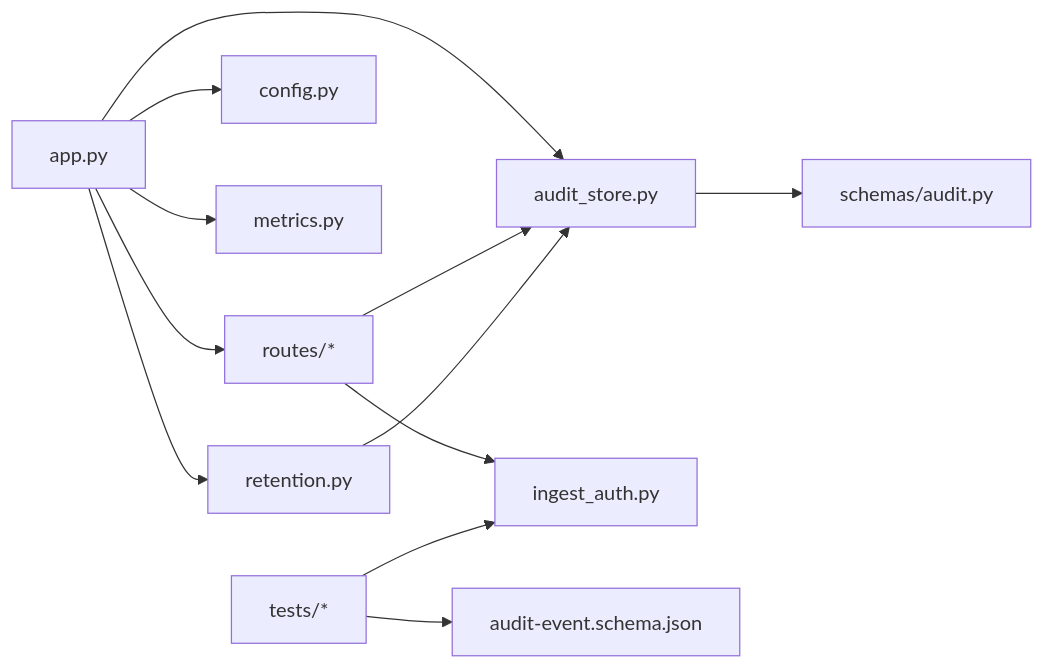
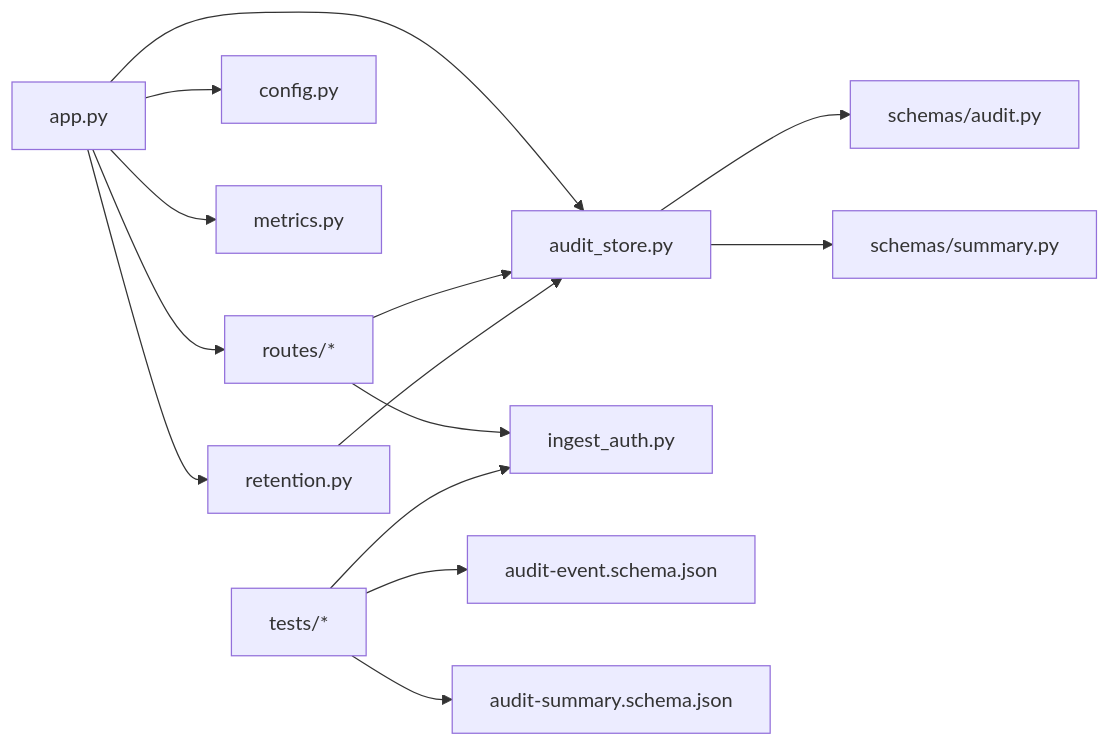
Diagram 13 of 13 in .qoder/repowiki/en/content/Architecture Documentation/Audit Service Product.md (metasync/luban-aiops), drawn with Mermaid before and after one commit. The commit also changed other lines of this file and 4 other files, not shown here.

````diff
--- a/.qoder/repowiki/en/content/Architecture Documentation/Audit Service Product.md
+++ b/.qoder/repowiki/en/content/Architecture Documentation/Audit Service Product.md
@@ -477,14 +611,16 @@
 ```mermaid
 graph LR
 App["app.py"] --> Router["routes/*"]
 App --> Config["config.py"]
 App --> Metrics["metrics.py"]
 App --> Store["audit_store.py"]
 App --> Retention["retention.py"]
 Router --> Auth["ingest_auth.py"]
 Router --> Store
 Retention --> Store
 Store --> Schemas["schemas/audit.py"]
+Store --> SummarySchema["schemas/summary.py"]
 Test["tests/*"] --> Contract["audit-event.schema.json"]
+Test --> SummaryContract["audit-summary.schema.json"]
 Test --> Auth
 ```
````
